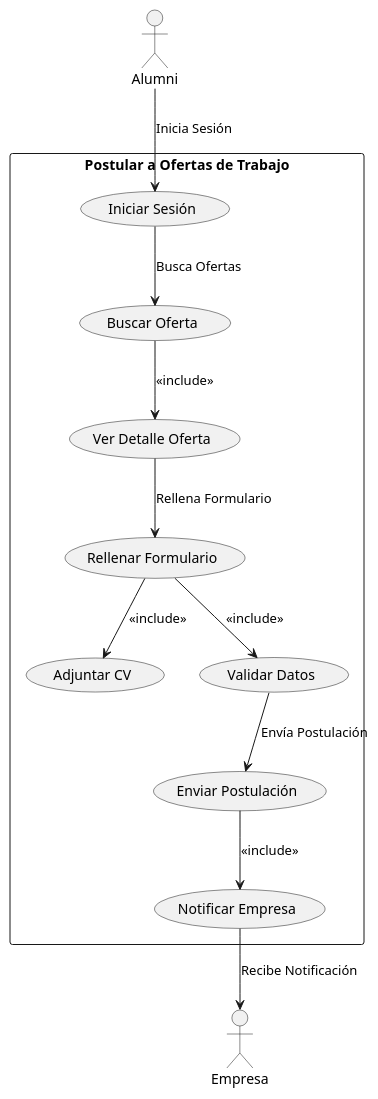
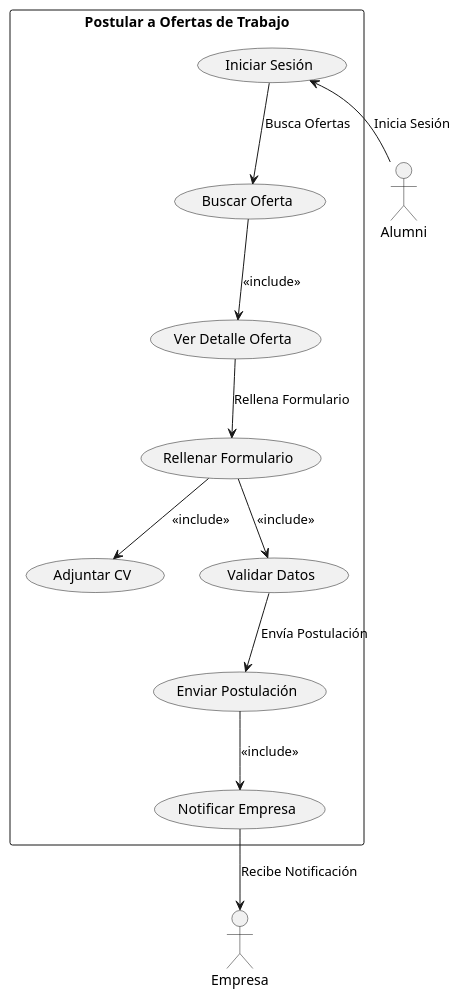
One commit to mmasias/24-25-IdSw1-SDR changed the diagram in modelosUML/CasosDeUso/diagramas/DiagramasContexto/postularOferta.puml. Above: the diagram before and after it, drawn with PlantUML. The commit also changed 25 other files, not shown here.

Commit message:
añadir los diagramas a .pmg para poder añadirlo en el readme y reorganizacion de carpetas

```diff
--- a/modelosUML/CasosDeUso/diagramas/DiagramasContexto/postularOferta.puml
+++ b/modelosUML/CasosDeUso/diagramas/DiagramasContexto/postularOferta.puml
@@ -1,28 +1,28 @@
 @startuml
 
 ' Diagrama de Contexto: Postular a oferta de trabajo
 rectangle "Postular a Ofertas de Trabajo" {
     usecase "Iniciar Sesión" as IS
     usecase "Buscar Oferta" as BU
     usecase "Ver Detalle Oferta" as VDO
     usecase "Rellenar Formulario" as RF
     usecase "Adjuntar CV" as ACV
     usecase "Validar Datos" as VD
     usecase "Enviar Postulación" as EP
     usecase "Notificar Empresa" as NE
 }
 
 actor Alumni as AL
 actor Empresa as EMP
 
-AL --> IS : "Inicia Sesión"
+IS <-- AL : "Inicia Sesión"
 IS --> BU : "Busca Ofertas"
 BU --> VDO : <<include>>
 VDO --> RF : "Rellena Formulario"
 RF --> ACV : <<include>>
 RF --> VD : <<include>>
 VD --> EP : "Envía Postulación"
 EP --> NE : <<include>>
 NE --> EMP : "Recibe Notificación"
 
 @enduml
```
